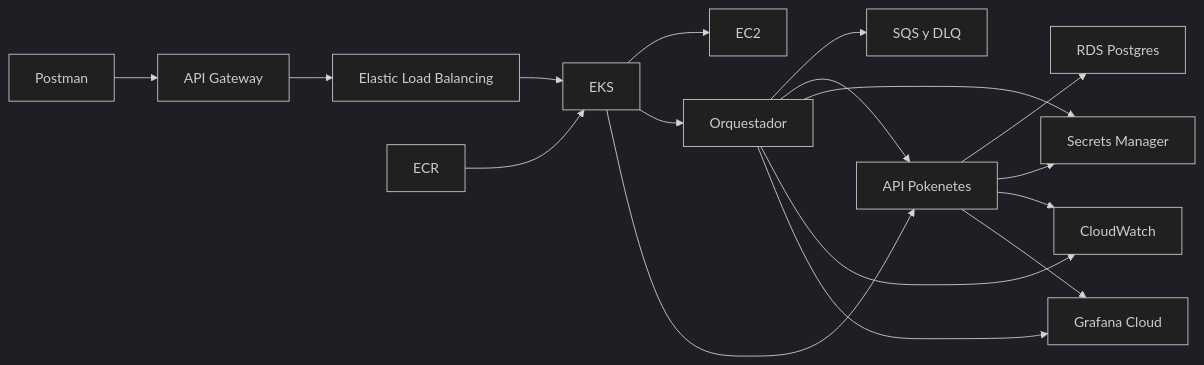
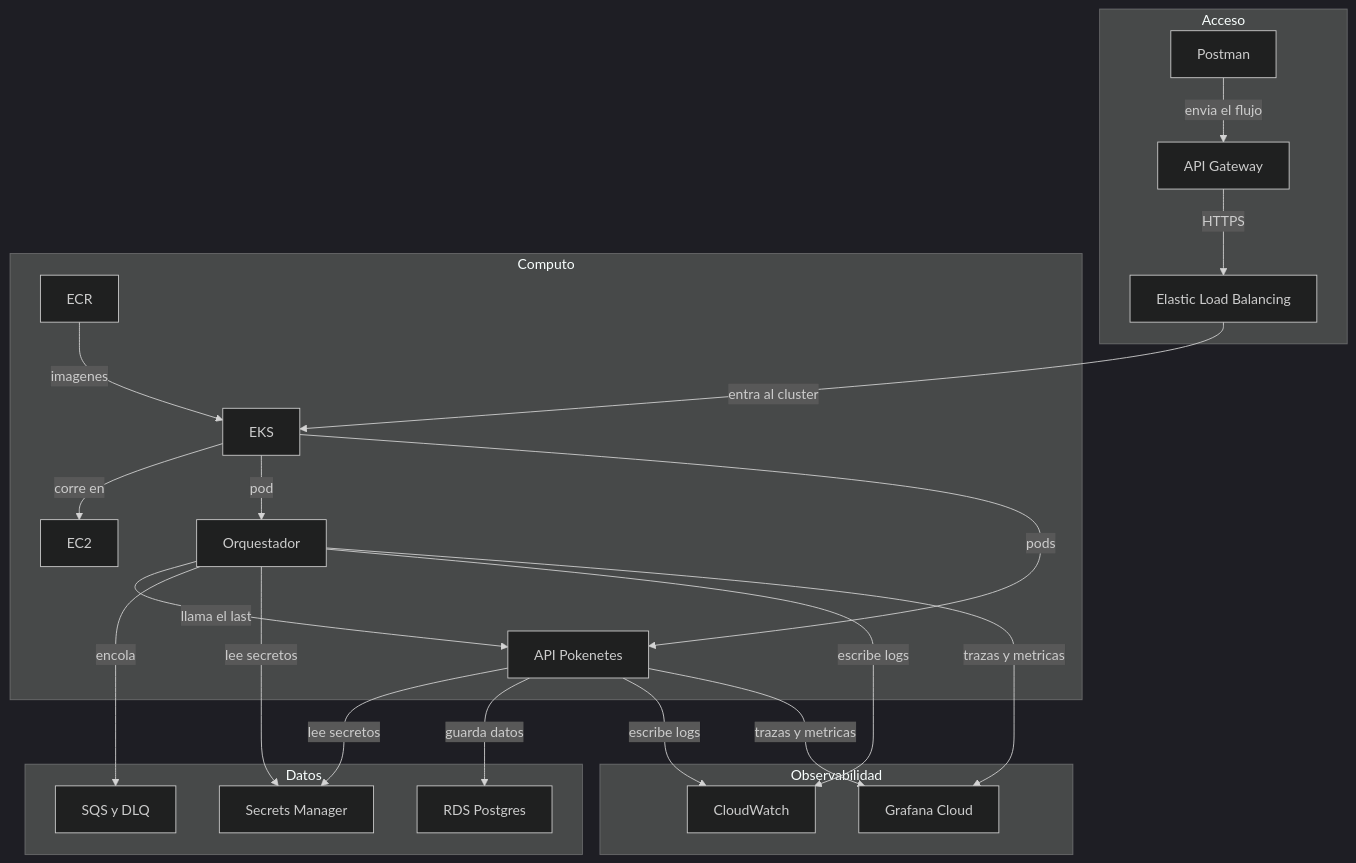
The diagram in README.md (Enedev/Pokenetes-API), drawn with Mermaid (dark theme) before and after one commit. The commit also changed 2 other files, not shown here.

Commit message:
:bug: skip EKS deploy when AWS keys are missing and clarify the AWS diagram

````diff
--- a/README.md
+++ b/README.md
@@ -22,19 +22,41 @@
 ```mermaid
-flowchart LR
-    postman[Postman] --> apigw[API Gateway]
-    apigw --> elb[Elastic Load Balancing]
-    ecr[ECR] --> eks[EKS]
-    elb --> eks
-    eks --> ec2[EC2]
-    eks --> orchestrator[Orquestador]
-    eks --> api[API Pokenetes]
-    orchestrator --> sqs[SQS y DLQ]
-    orchestrator --> api
-    api --> rds[RDS Postgres]
-    api --> secrets[Secrets Manager]
-    orchestrator --> secrets
-    api --> cloudwatch[CloudWatch]
-    orchestrator --> cloudwatch
-    orchestrator --> grafana[Grafana Cloud]
-    api --> grafana
+flowchart TD
+    subgraph acceso [Acceso]
+        postman[Postman]
+        apigw[API Gateway]
+        elb[Elastic Load Balancing]
+    end
+    subgraph computo [Computo]
+        ecr[ECR]
+        eks[EKS]
+        ec2[EC2]
+        orchestrator[Orquestador]
+        api[API Pokenetes]
+    end
+    subgraph datos [Datos]
+        sqs[SQS y DLQ]
+        rds[RDS Postgres]
+        secrets[Secrets Manager]
+    end
+    subgraph observabilidad [Observabilidad]
+        cloudwatch[CloudWatch]
+        grafana[Grafana Cloud]
+    end
+
+    postman -->|envia el flujo| apigw
+    apigw -->|HTTPS| elb
+    elb -->|entra al cluster| eks
+    ecr -->|imagenes| eks
+    eks -->|corre en| ec2
+    eks -->|pod| orchestrator
+    eks -->|pods| api
+    orchestrator -->|llama el last| api
+    orchestrator -->|encola| sqs
+    orchestrator -->|lee secretos| secrets
+    api -->|lee secretos| secrets
+    api -->|guarda datos| rds
+    orchestrator -->|escribe logs| cloudwatch
+    api -->|escribe logs| cloudwatch
+    orchestrator -->|trazas y metricas| grafana
+    api -->|trazas y metricas| grafana
 ```
````
